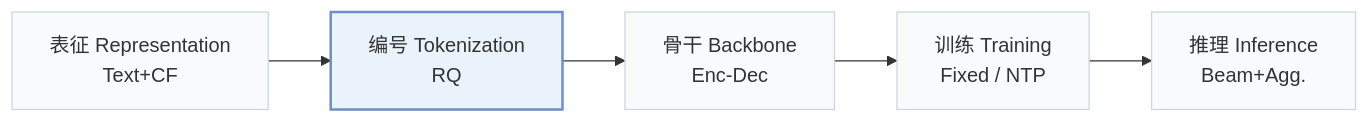
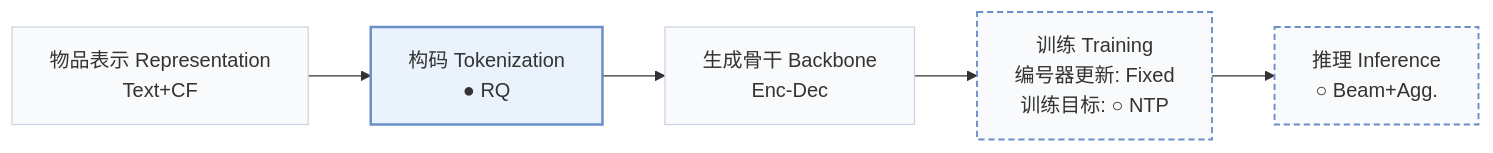
One commit to Galaxy-ghost/Awesome-SID-Generative-Rec changed the first of 2 diagrams in pages/zh/papers/pctx.md. Above: the diagram before and after it, drawn with Mermaid. The commit also changed other lines of this file and 558 other files, not shown here.

````diff
--- a/pages/zh/papers/pctx.md
+++ b/pages/zh/papers/pctx.md
@@ -15,8 +18,10 @@
 ```mermaid
 flowchart LR
-    R["表征 Representation<br/>Text+CF"] --> T["编号 Tokenization<br/>RQ"] --> B["骨干 Backbone<br/>Enc-Dec"] --> TR["训练 Training<br/>Fixed / NTP"] --> I["推理 Inference<br/>Beam+Agg."]
+    R["物品表示 Representation<br/>Text+CF"] --> T["构码 Tokenization<br/>● RQ"] --> B["生成骨干 Backbone<br/>Enc-Dec"] --> TR["训练 Training<br/>编号器更新: Fixed<br/>训练目标: ○ NTP"] --> I["推理 Inference<br/>○ Beam+Agg."]
     classDef base fill:#f8fafc,stroke:#cbd5e1
     class R,T,B,TR,I base
+    classDef other fill:#f8fafc,stroke:#6b8fc7,stroke-width:1.5px,stroke-dasharray:5 3
+    class TR,I other
     classDef main fill:#eaf2fb,stroke:#6b8fc7,stroke-width:2px
     class T main
 ```
````
